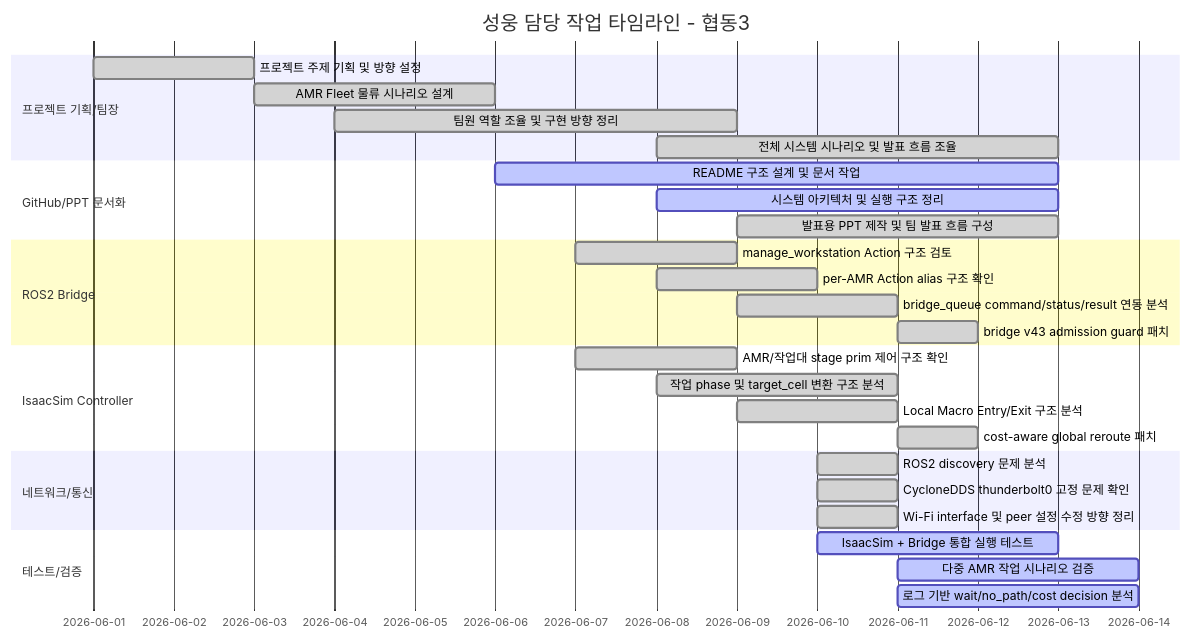
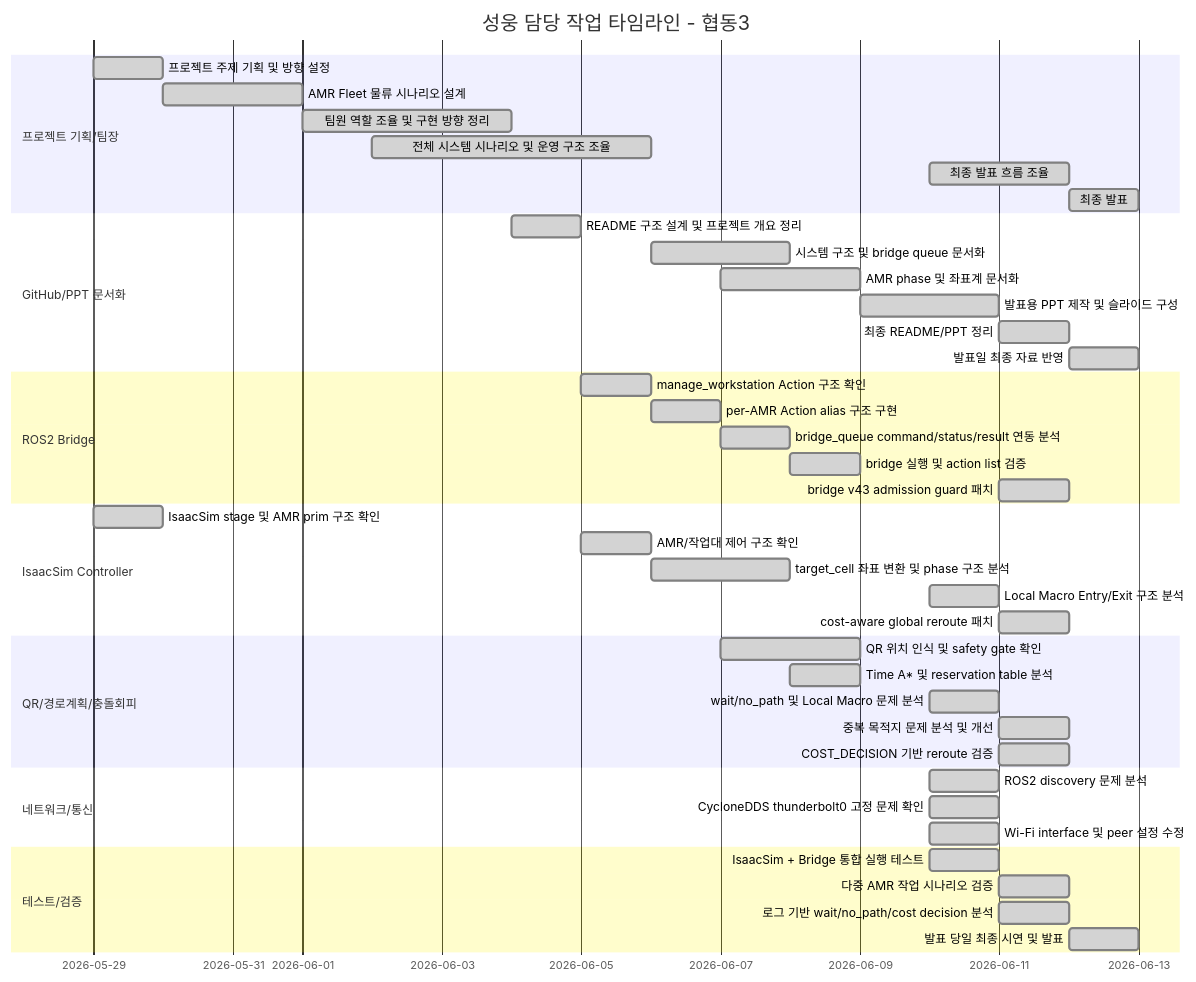
Before and after one commit to sungwung1201/SNFC: the diagram in YSW/README.md, drawn with Mermaid. The commit also changed other lines of this file, not shown here.

````diff
--- a/YSW/README.md
+++ b/YSW/README.md
@@ -299,38 +318,53 @@
 ```mermaid
 gantt
     title 성웅 담당 작업 타임라인 - 협동3
     dateFormat  YYYY-MM-DD
 
     section 프로젝트 기획/팀장
-    프로젝트 주제 기획 및 방향 설정              :done, p1, 2026-06-01, 2d
-    AMR Fleet 물류 시나리오 설계                 :done, p2, 2026-06-03, 3d
-    팀원 역할 조율 및 구현 방향 정리              :done, p3, 2026-06-04, 5d
-    전체 시스템 시나리오 및 발표 흐름 조율          :done, p4, 2026-06-08, 5d
+    프로젝트 주제 기획 및 방향 설정              :done, p1, 2026-05-29, 1d
+    AMR Fleet 물류 시나리오 설계                 :done, p2, 2026-05-30, 2d
+    팀원 역할 조율 및 구현 방향 정리              :done, p3, 2026-06-01, 3d
+    전체 시스템 시나리오 및 운영 구조 조율          :done, p4, 2026-06-02, 4d
+    최종 발표 흐름 조율                           :done, p5, 2026-06-10, 2d
+    최종 발표                                    :done, p6, 2026-06-12, 1d
 
     section GitHub/PPT 문서화
-    README 구조 설계 및 문서 작업                 :active, d1, 2026-06-06, 7d
-    시스템 아키텍처 및 실행 구조 정리              :active, d2, 2026-06-08, 5d
-    발표용 PPT 제작 및 팀 발표 흐름 구성            :done, d3, 2026-06-09, 4d
+    README 구조 설계 및 프로젝트 개요 정리          :done, d1, 2026-06-04, 1d
+    시스템 구조 및 bridge queue 문서화             :done, d2, 2026-06-06, 2d
+    AMR phase 및 좌표계 문서화                     :done, d3, 2026-06-07, 2d
+    발표용 PPT 제작 및 슬라이드 구성                :done, d4, 2026-06-09, 2d
+    최종 README/PPT 정리                           :done, d5, 2026-06-11, 1d
+    발표일 최종 자료 반영                          :done, d6, 2026-06-12, 1d
 
     section ROS2 Bridge
-    manage_workstation Action 구조 검토           :done, r1, 2026-06-07, 2d
-    per-AMR Action alias 구조 확인                :done, r2, 2026-06-08, 2d
-    bridge_queue command/status/result 연동 분석   :done, r3, 2026-06-09, 2d
-    bridge v43 admission guard 패치                :done, r4, 2026-06-11, 1d
+    manage_workstation Action 구조 확인            :done, r1, 2026-06-05, 1d
+    per-AMR Action alias 구조 구현                  :done, r2, 2026-06-06, 1d
+    bridge_queue command/status/result 연동 분석    :done, r3, 2026-06-07, 1d
+    bridge 실행 및 action list 검증                 :done, r4, 2026-06-08, 1d
+    bridge v43 admission guard 패치                 :done, r5, 2026-06-11, 1d
 
     section IsaacSim Controller
-    AMR/작업대 stage prim 제어 구조 확인            :done, c1, 2026-06-07, 2d
-    작업 phase 및 target_cell 변환 구조 분석        :done, c2, 2026-06-08, 3d
-    Local Macro Entry/Exit 구조 분석               :done, c3, 2026-06-09, 2d
-    cost-aware global reroute 패치                 :done, c4, 2026-06-11, 1d
+    IsaacSim stage 및 AMR prim 구조 확인             :done, c1, 2026-05-29, 1d
+    AMR/작업대 제어 구조 확인                       :done, c2, 2026-06-05, 1d
+    target_cell 좌표 변환 및 phase 구조 분석         :done, c3, 2026-06-06, 2d
+    Local Macro Entry/Exit 구조 분석                 :done, c4, 2026-06-10, 1d
+    cost-aware global reroute 패치                  :done, c5, 2026-06-11, 1d
+
+    section QR/경로계획/충돌회피
+    QR 위치 인식 및 safety gate 확인                :done, q1, 2026-06-07, 2d
+    Time A* 및 reservation table 분석               :done, q2, 2026-06-08, 1d
+    wait/no_path 및 Local Macro 문제 분석            :done, q3, 2026-06-10, 1d
+    중복 목적지 문제 분석 및 개선                   :done, q4, 2026-06-11, 1d
+    COST_DECISION 기반 reroute 검증                 :done, q5, 2026-06-11, 1d
 
     section 네트워크/통신
-    ROS2 discovery 문제 분석                       :done, n1, 2026-06-10, 1d
-    CycloneDDS thunderbolt0 고정 문제 확인          :done, n2, 2026-06-10, 1d
-    Wi-Fi interface 및 peer 설정 수정 방향 정리      :done, n3, 2026-06-10, 1d
+    ROS2 discovery 문제 분석                        :done, n1, 2026-06-10, 1d
+    CycloneDDS thunderbolt0 고정 문제 확인           :done, n2, 2026-06-10, 1d
+    Wi-Fi interface 및 peer 설정 수정                :done, n3, 2026-06-10, 1d
 
     section 테스트/검증
-    IsaacSim + Bridge 통합 실행 테스트              :active, t1, 2026-06-10, 3d
-    다중 AMR 작업 시나리오 검증                    :active, t2, 2026-06-11, 3d
-    로그 기반 wait/no_path/cost decision 분석       :active, t3, 2026-06-11, 3d
+    IsaacSim + Bridge 통합 실행 테스트               :done, t1, 2026-06-10, 1d
+    다중 AMR 작업 시나리오 검증                     :done, t2, 2026-06-11, 1d
+    로그 기반 wait/no_path/cost decision 분석        :done, t3, 2026-06-11, 1d
+    발표 당일 최종 시연 및 발표                     :done, t4, 2026-06-12, 1d
 ```
````
